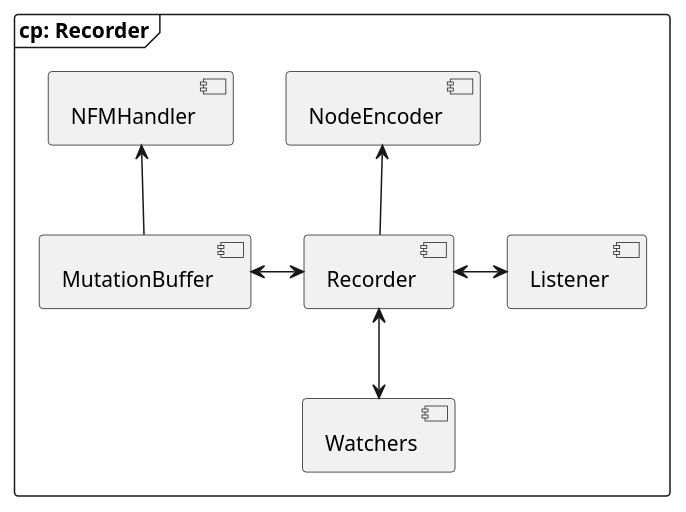
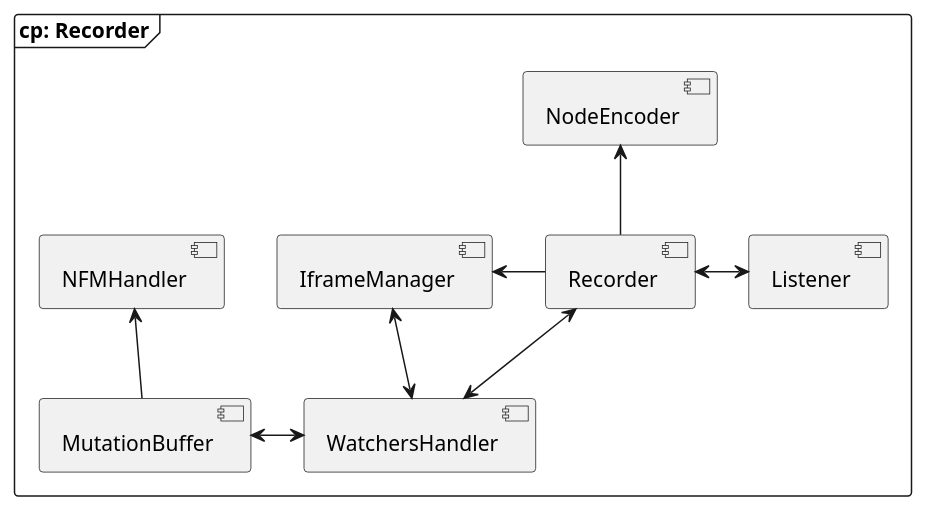
The diagram in models/6.Component/1.recorder.puml (SSMM0498/arkad-conception), drawn with PlantUML before and after one commit. The commit also changed 1 other file, not shown here.

Commit message:
desing filemanager update recorder add iframeManager

```diff
--- a/models/6.Component/1.recorder.puml
+++ b/models/6.Component/1.recorder.puml
@@ -1,12 +1,14 @@
 @startuml "recorder component diagram"
 skinparam shadowing false
 skinparam monochrome true
 
 frame "cp: Recorder" {
-    [Recorder] <-down-> [Watchers]
     [Recorder] <-right-> [Listener]
     [Recorder] -up-> [NodeEncoder]
-    [Recorder] <-left-> [MutationBuffer]
+    [Recorder] <-down-> [WatchersHandler]
+    [IframeManager] <-down-> [WatchersHandler]
+    [Recorder] -left-> [IframeManager]
+    [WatchersHandler] <-left-> [MutationBuffer]
     [MutationBuffer] -up-> [NFMHandler]
 }
 @enduml
```
